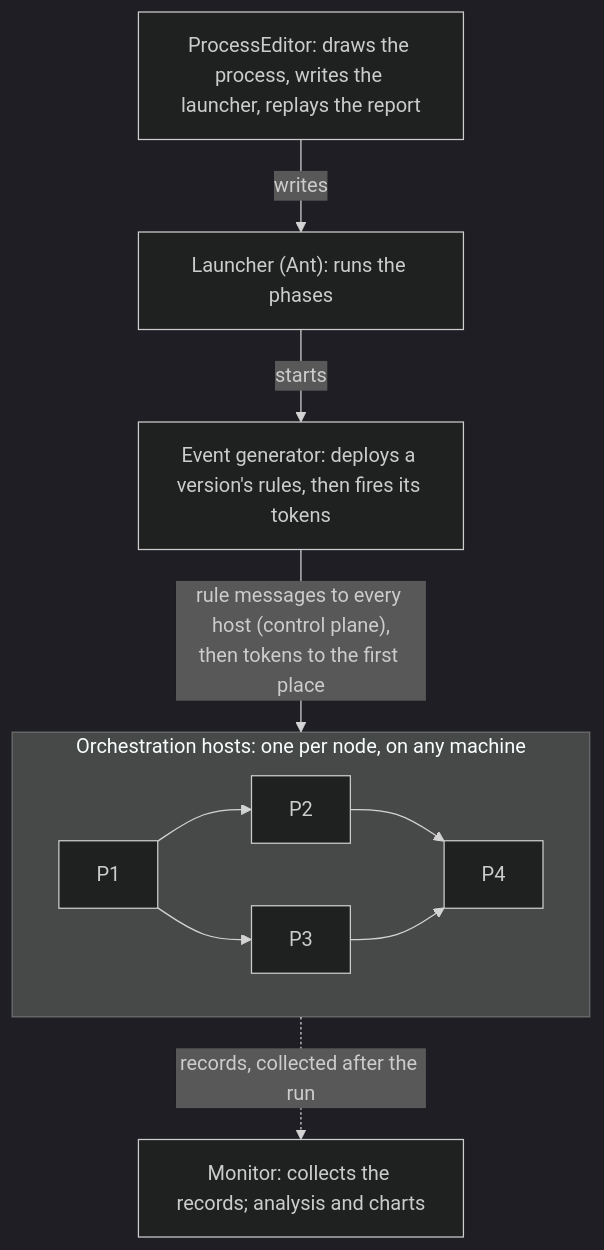
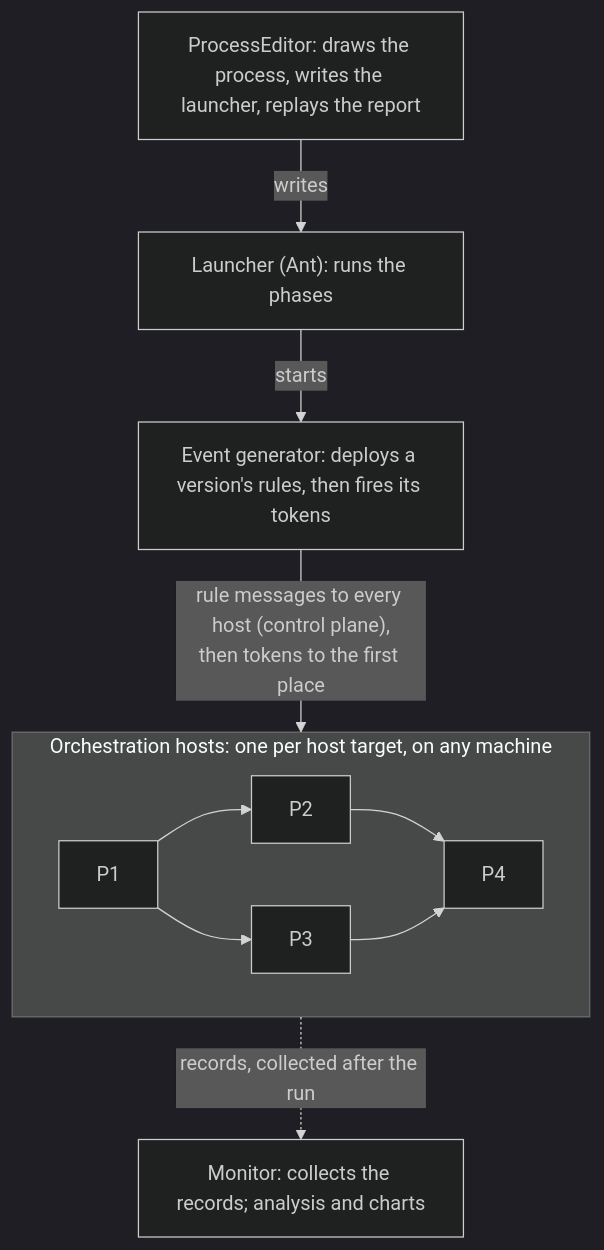
One commit to AlexanderAdelAU/Rule-Propagated-Service-Orchestration changed the second of 5 diagrams in Architecture.md. Above: the diagram before and after it, drawn with Mermaid (dark theme). The commit also changed other lines of this file, not shown here.

Commit message:
Align architecture terms: logical Petri-net Nodes and deployed host targets

````diff
--- a/Architecture.md
+++ b/Architecture.md
@@ -61,15 +79,15 @@
 ```mermaid
 flowchart TB
     ED["ProcessEditor: draws the process, writes the launcher, replays the report"]
     L["Launcher (Ant): runs the phases"]
     G["Event generator: deploys a version's rules, then fires its tokens"]
-    subgraph Hosts["Orchestration hosts: one per node, on any machine"]
+    subgraph Hosts["Orchestration hosts: one per host target, on any machine"]
         direction LR
         P1["P1"] --> P2["P2"] & P3["P3"]
         P2 & P3 --> P4["P4"]
     end
     M["Monitor: collects the records; analysis and charts"]
     ED -- "writes" --> L -- "starts" --> G
     G -- "rule messages to every host (control plane),<br/>then tokens to the first place" --> Hosts
     Hosts -. "records, collected after the run" .-> M
 ```
````
